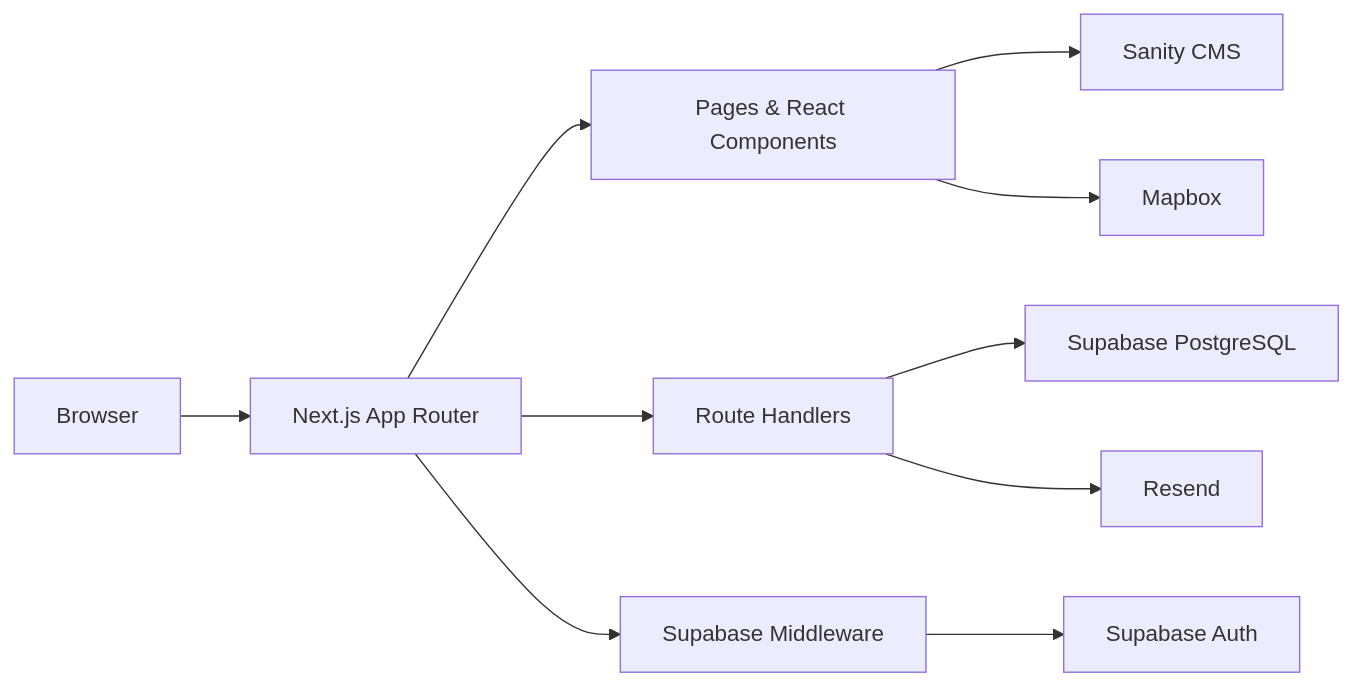
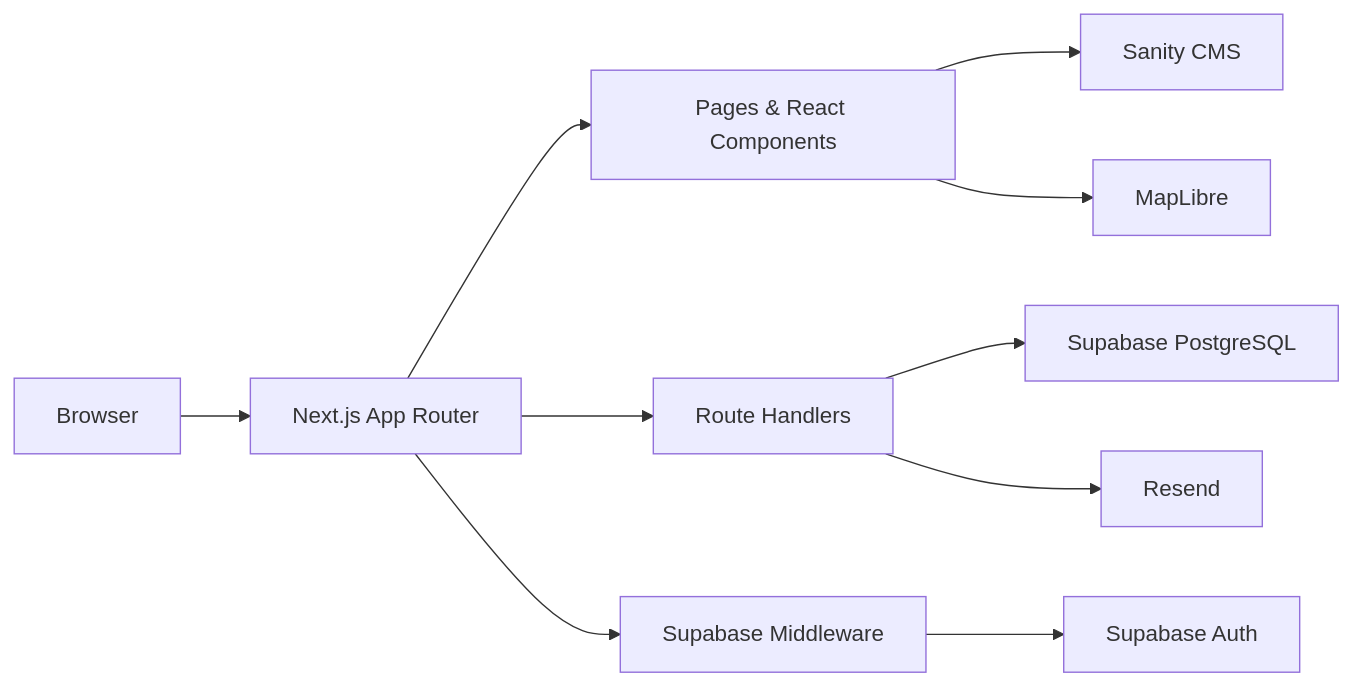
One commit to Naktekfis/demo-web changed the diagram in README.md. Above: the diagram before and after it, drawn with Mermaid. The commit also changed other lines of this file and 3 other files, not shown here.

````diff
--- a/README.md
+++ b/README.md
@@ -54,12 +54,12 @@
 ```mermaid
 flowchart LR
   user[Browser] --> app[Next.js App Router]
   app --> pages[Pages & React Components]
   app --> api[Route Handlers]
   app --> middleware[Supabase Middleware]
   middleware --> auth[Supabase Auth]
   api --> db[Supabase PostgreSQL]
   api --> email[Resend]
   pages --> cms[Sanity CMS]
-  pages --> map[Mapbox]
+  pages --> map[MapLibre]
 ```
````
